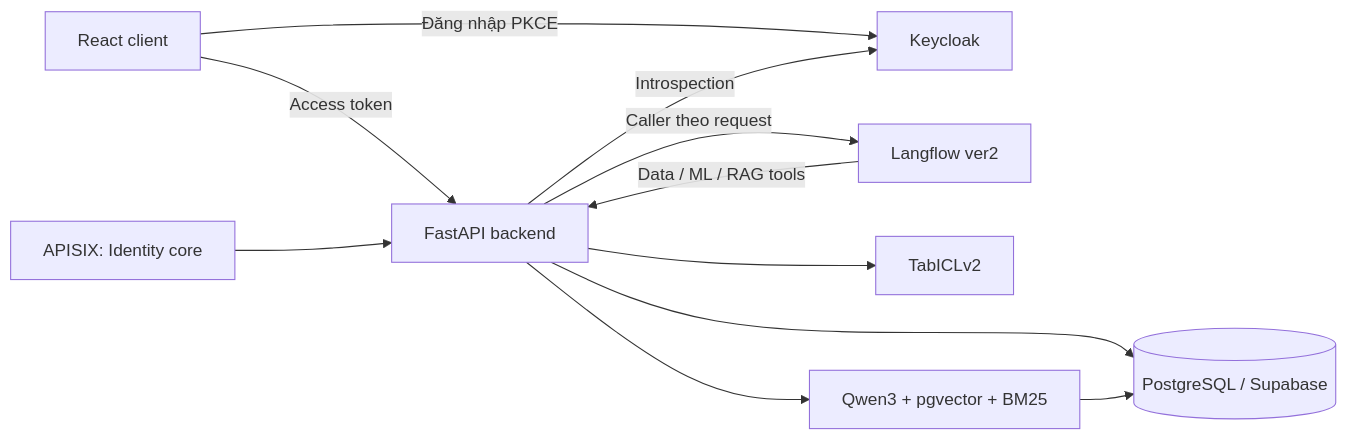
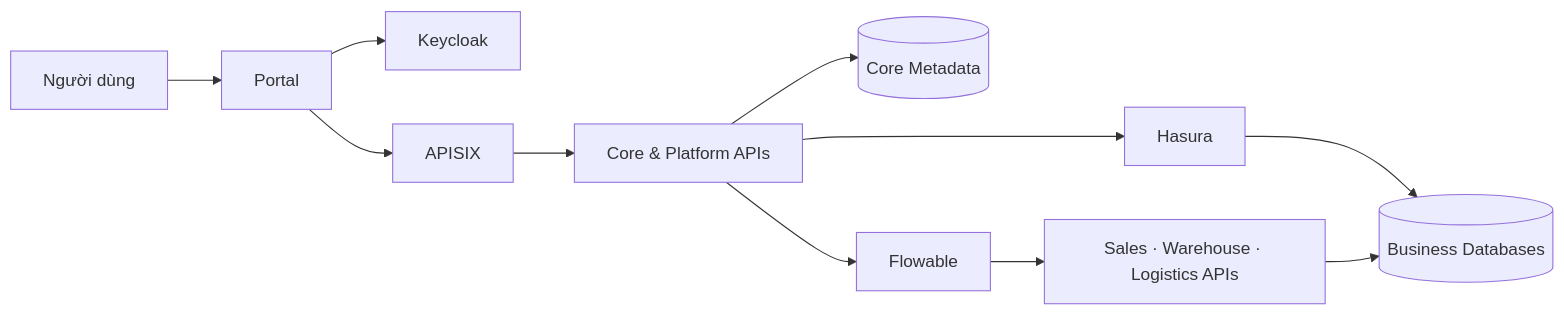
The diagram in README.md (hoanganh-ktpm/FlowBridge), drawn with Mermaid before and after one commit. The commit also changed other lines of this file and 564 other files, not shown here.

Commit message:
refactor: establish modular DX-OS architecture and project documentation

````diff
--- a/README.md
+++ b/README.md
@@ -30,13 +45,13 @@
 ```mermaid
 flowchart LR
-    UI[React client] -->|Đăng nhập PKCE| IAM[Keycloak]
-    UI -->|Access token| API[FastAPI backend]
-    API -->|Introspection| IAM
-    API --> DB[(PostgreSQL / Supabase)]
-    API -->|Caller theo request| LF[Langflow ver2]
-    LF -->|Data / ML / RAG tools| API
-    API --> ML[TabICLv2]
-    API --> RAG[Qwen3 + pgvector + BM25]
-    RAG --> DB
-    GW[APISIX: Identity core] --> API
+    User[Người dùng] --> Portal[Portal]
+    Portal --> IAM[Keycloak]
+    Portal --> Gateway[APISIX]
+    Gateway --> Backend[Core & Platform APIs]
+    Backend --> Metadata[(Core Metadata)]
+    Backend --> Hasura[Hasura]
+    Backend --> Flowable[Flowable]
+    Hasura --> DomainDB[(Business Databases)]
+    Flowable --> APIs[Sales · Warehouse · Logistics APIs]
+    APIs --> DomainDB
 ```
````
